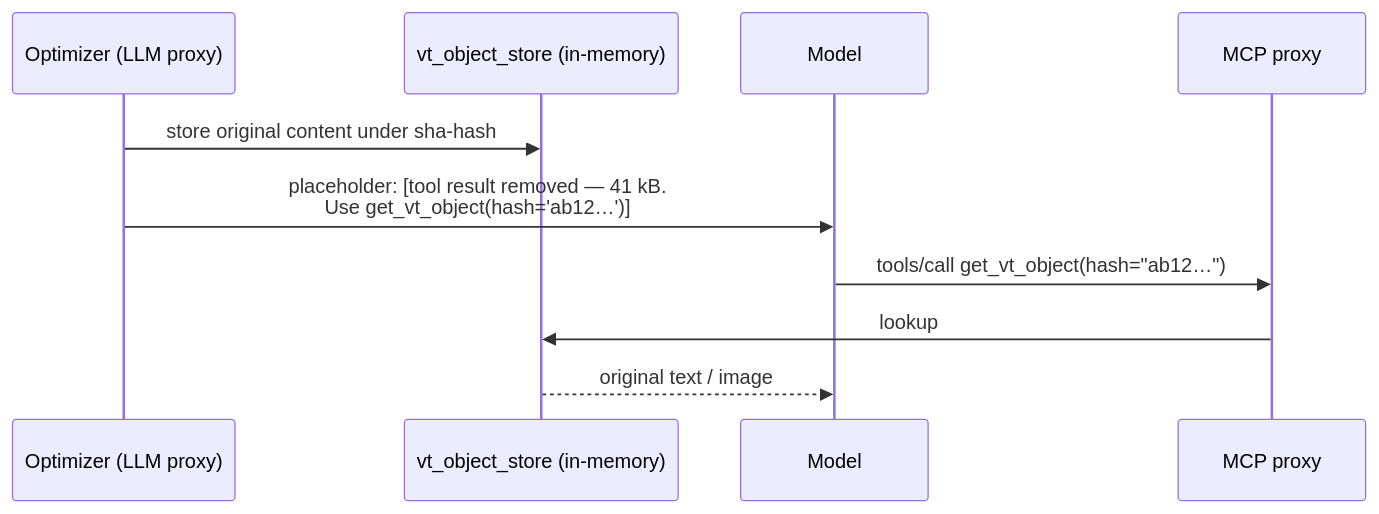
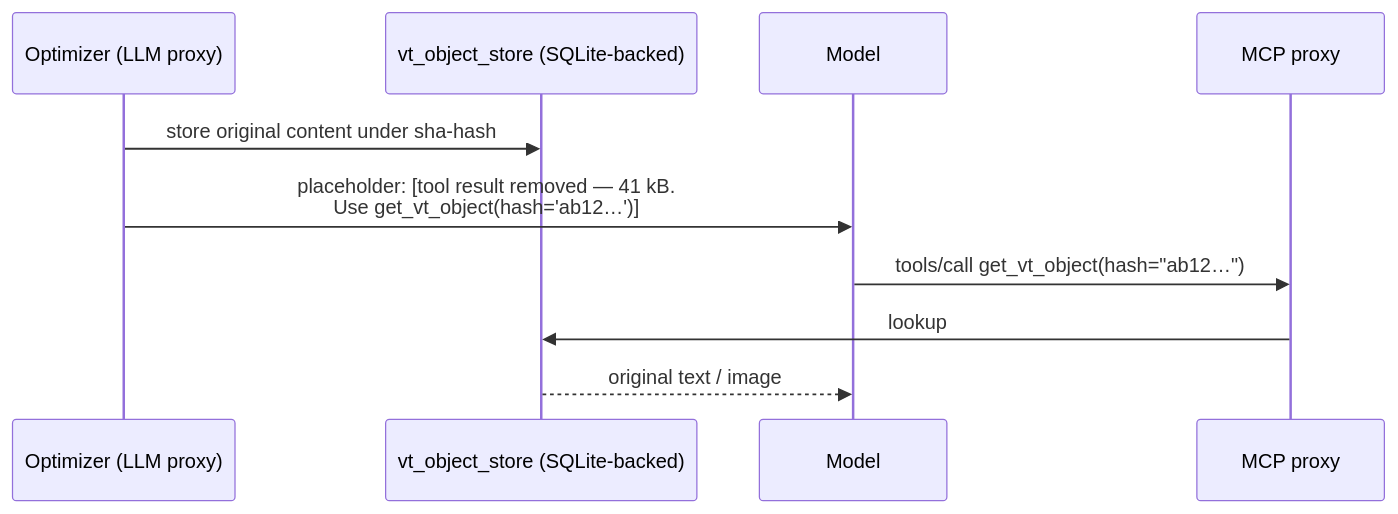
One commit to voitta-ai/voitta-desktop changed the seventh of 16 diagrams in docs/OPERATIONS.md. Above: the diagram before and after it, drawn with Mermaid. The commit also changed other lines of this file and 35 other files, not shown here.

````diff
--- a/docs/OPERATIONS.md
+++ b/docs/OPERATIONS.md
@@ -366,13 +405,13 @@
 ```mermaid
 sequenceDiagram
     participant OZ as Optimizer (LLM proxy)
-    participant ST as vt_object_store (in-memory)
+    participant ST as vt_object_store (SQLite-backed)
     participant M as Model
     participant MCP as MCP proxy
 
     OZ->>ST: store original content under sha-hash
     OZ->>M: placeholder: [tool result removed — 41 kB.<br/>Use get_vt_object(hash='ab12…')]
     M->>MCP: tools/call get_vt_object(hash="ab12…")
     MCP->>ST: lookup
     ST-->>M: original text / image
 ```
````
